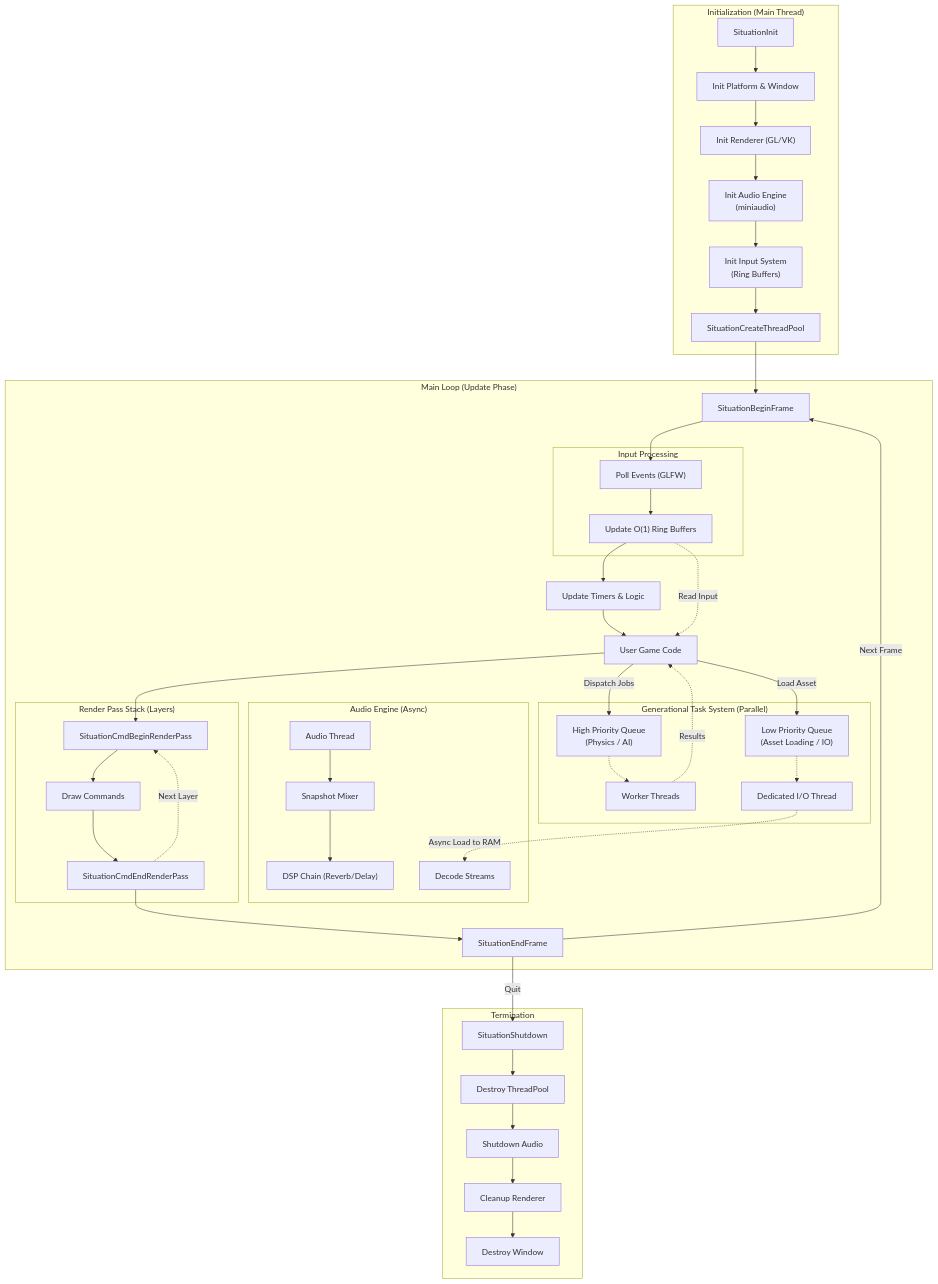
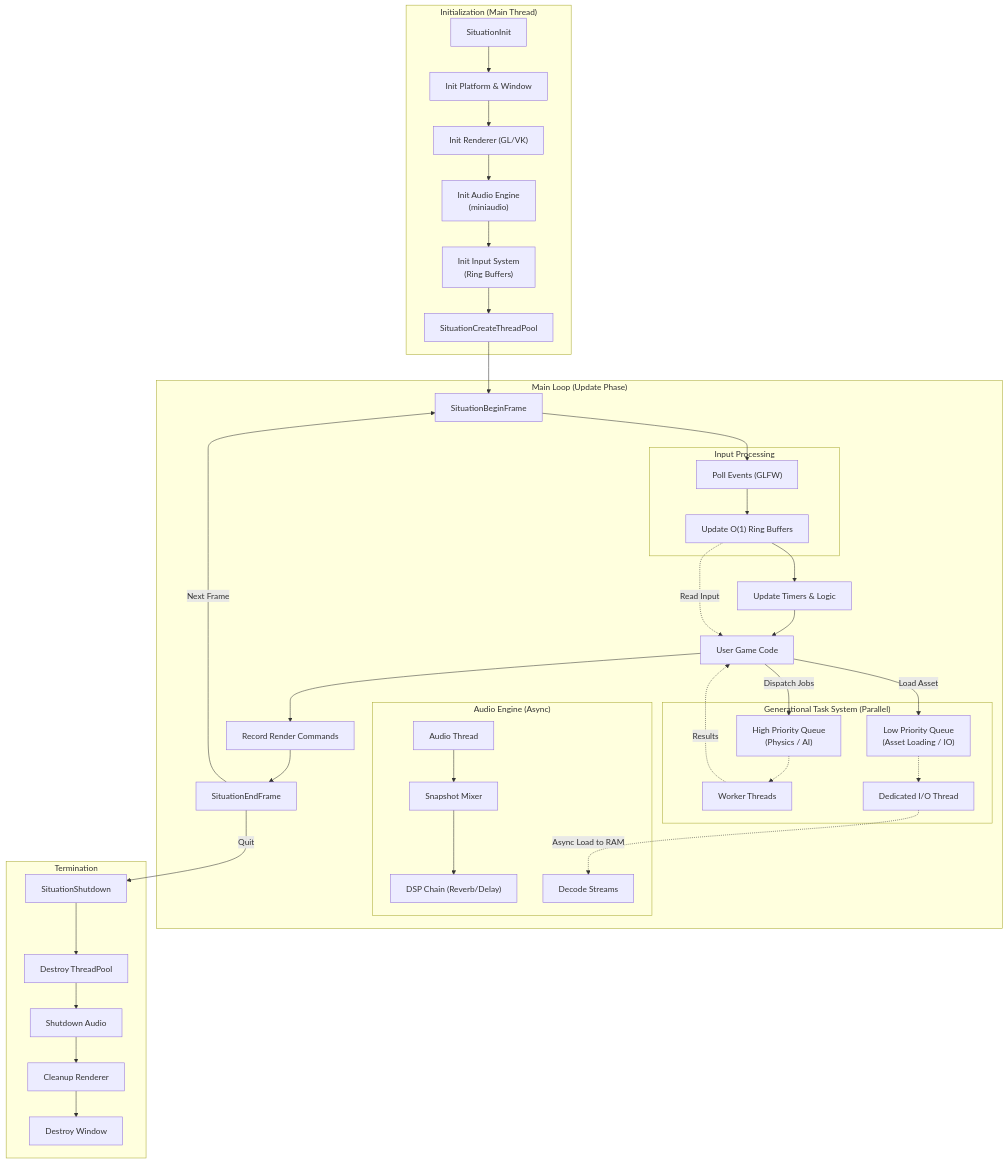
One commit to jmorel33/situation changed the first of 3 diagrams in README.md. Above: the diagram before and after it, drawn with Mermaid. The commit also changed other lines of this file, not shown here.

````diff
--- a/README.md
+++ b/README.md
@@ -197,76 +197,69 @@
 ```mermaid
 graph TD
     %% Main Lifecycle
     subgraph Init ["Initialization (Main Thread)"]
         I1["SituationInit"]
         I2["Init Platform & Window"]
         I3["Init Renderer (GL/VK)"]
         I4["Init Audio Engine<br/>(miniaudio)"]
         I5["Init Input System<br/>(Ring Buffers)"]
         I6["SituationCreateThreadPool"]
     end
 
     subgraph Loop ["Main Loop (Update Phase)"]
         L1["SituationBeginFrame"]
 
         subgraph Input ["Input Processing"]
             IN1["Poll Events (GLFW)"]
             IN2["Update O(1) Ring Buffers"]
         end
 
         subgraph TaskSystem ["Generational Task System (Parallel)"]
             TS1["High Priority Queue<br/>(Physics / AI)"]
             TS2["Low Priority Queue<br/>(Asset Loading / IO)"]
             TS_W["Worker Threads"]
             TS_IO["Dedicated I/O Thread"]
 
             TS1 -.-> TS_W
             TS2 -.-> TS_IO
         end
 
         subgraph Audio ["Audio Engine (Async)"]
             AU1["Audio Thread"]
             AU2["Snapshot Mixer"]
             AU3["DSP Chain (Reverb/Delay)"]
             AU4["Decode Streams"]
 
             AU1 --> AU2 --> AU3
             TS_IO -. "Async Load to RAM" .-> AU4
         end
 
         L2["Update Timers & Logic"]
         L3["User Game Code"]
-        subgraph RenderStack ["Render Pass Stack (Layers)"]
-            L4a["SituationCmdBeginRenderPass"]
-            L4b["Draw Commands"]
-            L4c["SituationCmdEndRenderPass"]
-            L4a --> L4b --> L4c
-            L4c -. "Next Layer" .-> L4a
-        end
+        L4["Record Render Commands"]
         L5["SituationEndFrame"]
     end
 
     subgraph Exit ["Termination"]
         E1["SituationShutdown"]
         E2["Destroy ThreadPool"]
         E3["Shutdown Audio"]
         E4["Cleanup Renderer"]
         E5["Destroy Window"]
     end
 
     %% Flow Connections
     I1 --> I2 --> I3 --> I4 --> I5 --> I6 --> L1
     L1 --> IN1 --> IN2 --> L2
     L2 --> L3
     L3 -- "Dispatch Jobs" --> TS1
     L3 -- "Load Asset" --> TS2
-    L3 --> L4a
-    L4c --> L5
+    L3 --> L4 --> L5
     L5 -- "Next Frame" --> L1
     L5 -- "Quit" --> E1
     E1 --> E2 --> E3 --> E4 --> E5
 
     %% Data Dependencies
     IN2 -. "Read Input" .-> L3
     TS_W -. "Results" .-> L3
 ```
````
